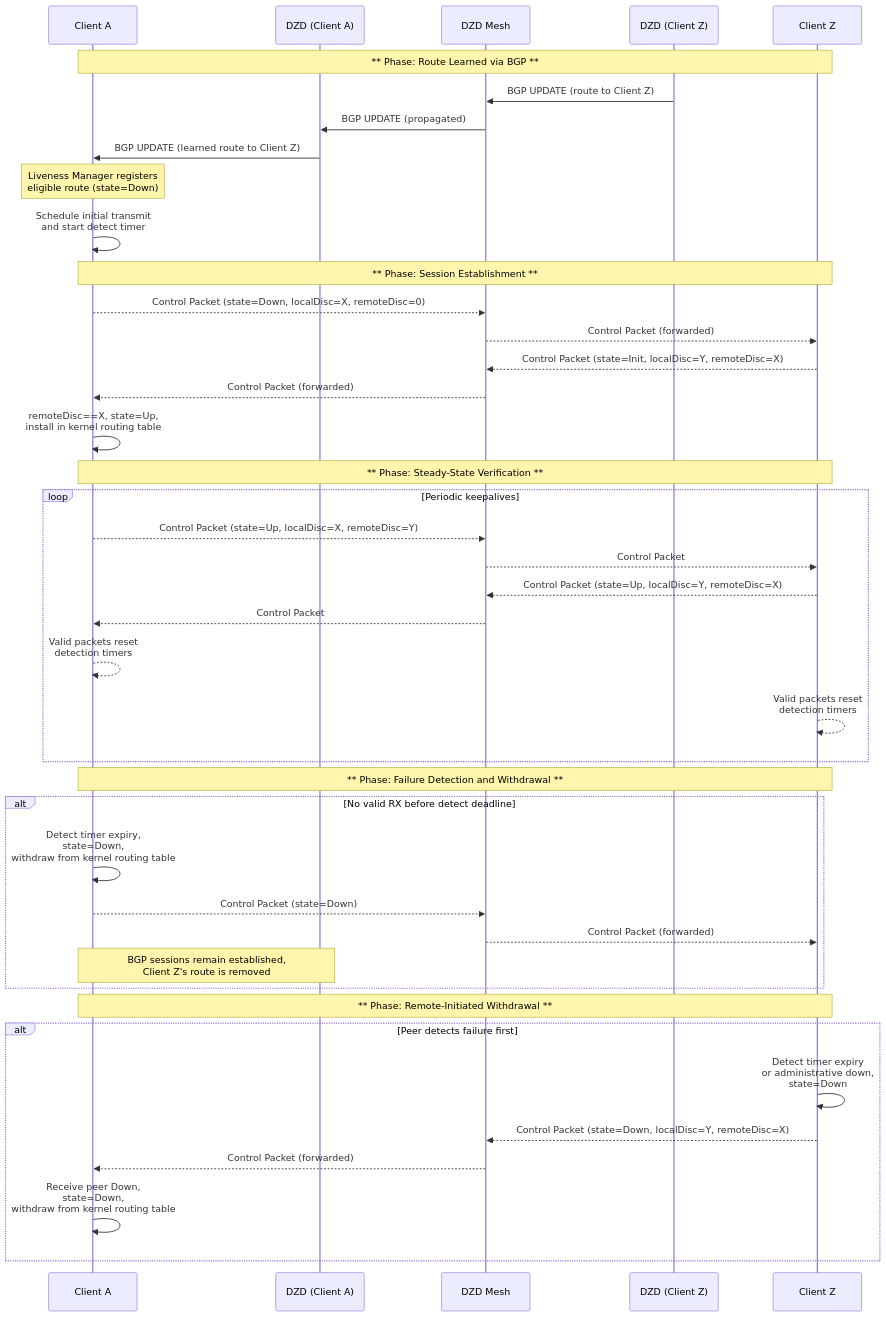
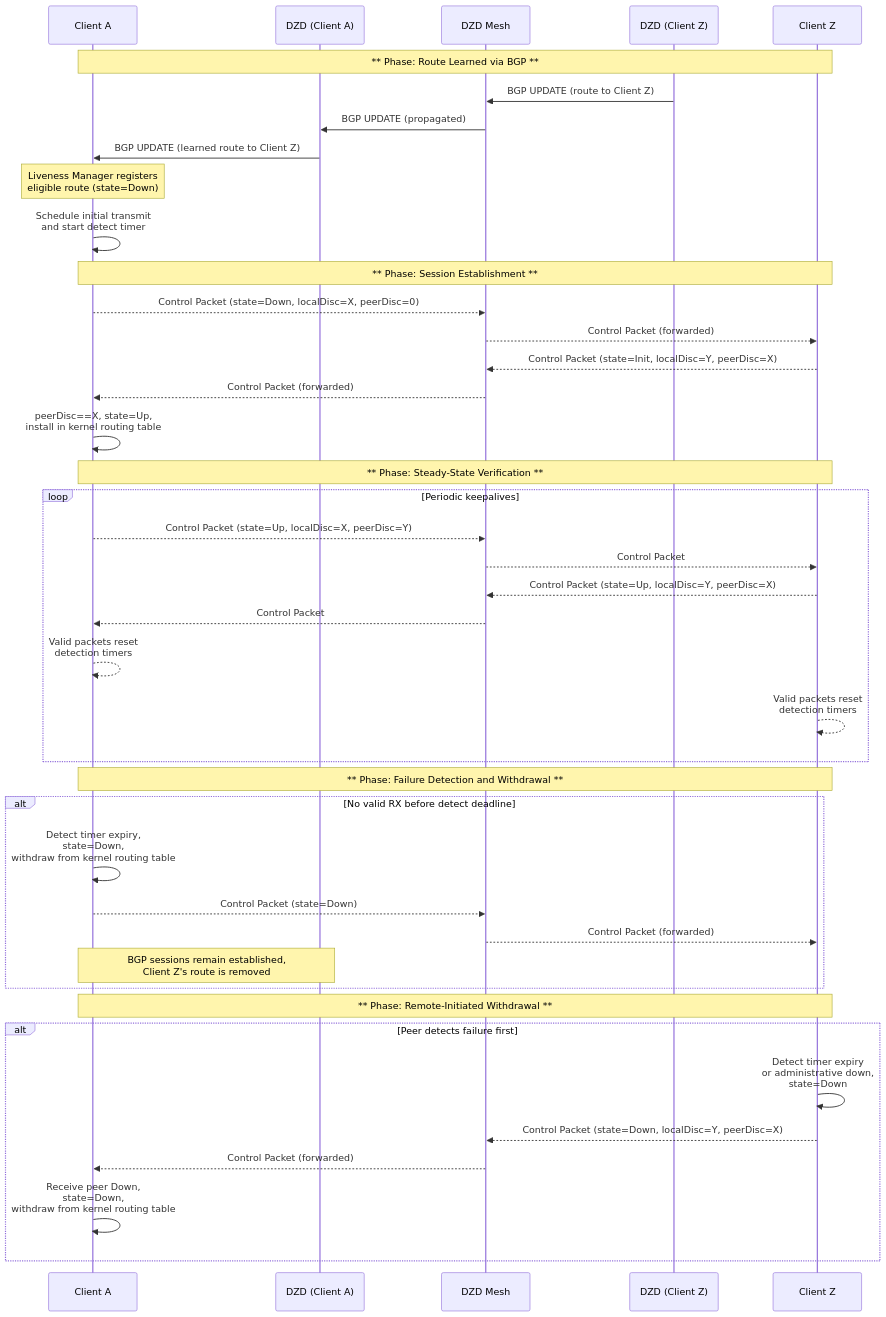
Before and after one commit to malbeclabs/doublezero: the third of 3 diagrams in rfcs/rfc7-client-route-liveness.md, drawn with Mermaid. The commit also changed other lines of this file, not shown here.

Commit message:
rfc: client route liveness / bfd / s/remote/peer

````diff
--- a/rfcs/rfc7-client-route-liveness.md
+++ b/rfcs/rfc7-client-route-liveness.md
@@ -135,49 +135,49 @@
 ```mermaid
 sequenceDiagram
     participant ClientA as Client A
     participant DZDA as DZD (Client A)
     participant Mesh as DZD Mesh
     participant DZDZ as DZD (Client Z)
     participant ClientZ as Client Z
 
     Note over ClientA,ClientZ: ** Phase: Route Learned via BGP **
     DZDZ->>Mesh: BGP UPDATE (route to Client Z)
     Mesh->>DZDA: BGP UPDATE (propagated)
     DZDA->>ClientA: BGP UPDATE (learned route to Client Z)
     Note over ClientA: Liveness Manager registers<br/>eligible route (state=Down)
     ClientA->>ClientA: Schedule initial transmit<br/>and start detect timer
 
     Note over ClientA,ClientZ: ** Phase: Session Establishment **
-    ClientA-->>Mesh: Control Packet (state=Down, localDisc=X, remoteDisc=0)
+    ClientA-->>Mesh: Control Packet (state=Down, localDisc=X, peerDisc=0)
     Mesh-->>ClientZ: Control Packet (forwarded)
-    ClientZ-->>Mesh: Control Packet (state=Init, localDisc=Y, remoteDisc=X)
+    ClientZ-->>Mesh: Control Packet (state=Init, localDisc=Y, peerDisc=X)
     Mesh-->>ClientA: Control Packet (forwarded)
-    ClientA->>ClientA: remoteDisc==X, state=Up,<br/>install in kernel routing table
+    ClientA->>ClientA: peerDisc==X, state=Up,<br/>install in kernel routing table
 
     Note over ClientA,ClientZ: ** Phase: Steady-State Verification **
     loop Periodic keepalives
-        ClientA-->>Mesh: Control Packet (state=Up, localDisc=X, remoteDisc=Y)
+        ClientA-->>Mesh: Control Packet (state=Up, localDisc=X, peerDisc=Y)
         Mesh-->>ClientZ: Control Packet
-        ClientZ-->>Mesh: Control Packet (state=Up, localDisc=Y, remoteDisc=X)
+        ClientZ-->>Mesh: Control Packet (state=Up, localDisc=Y, peerDisc=X)
         Mesh-->>ClientA: Control Packet
         ClientA-->>ClientA: Valid packets reset<br/>detection timers
         ClientZ-->>ClientZ: Valid packets reset<br/>detection timers
     end
 
     Note over ClientA,ClientZ: ** Phase: Failure Detection and Withdrawal **
     alt No valid RX before detect deadline
         ClientA->>ClientA: Detect timer expiry,<br/>state=Down,<br/>withdraw from kernel routing table
         ClientA-->>Mesh: Control Packet (state=Down)
         Mesh-->>ClientZ: Control Packet (forwarded)
         Note over ClientA,DZDA: BGP sessions remain established,<br/>Client Z's route is removed
     end
 
     Note over ClientA,ClientZ: ** Phase: Remote-Initiated Withdrawal **
       alt Peer detects failure first
       ClientZ->>ClientZ: Detect timer expiry<br/>or administrative down,<br/>state=Down
-      ClientZ-->>Mesh: Control Packet (state=Down, localDisc=Y, remoteDisc=X)
+      ClientZ-->>Mesh: Control Packet (state=Down, localDisc=Y, peerDisc=X)
       Mesh-->>ClientA: Control Packet (forwarded)
       ClientA->>ClientA: Receive peer Down,<br/>state=Down,<br/>withdraw from kernel routing table
     end
 
 ```
````
